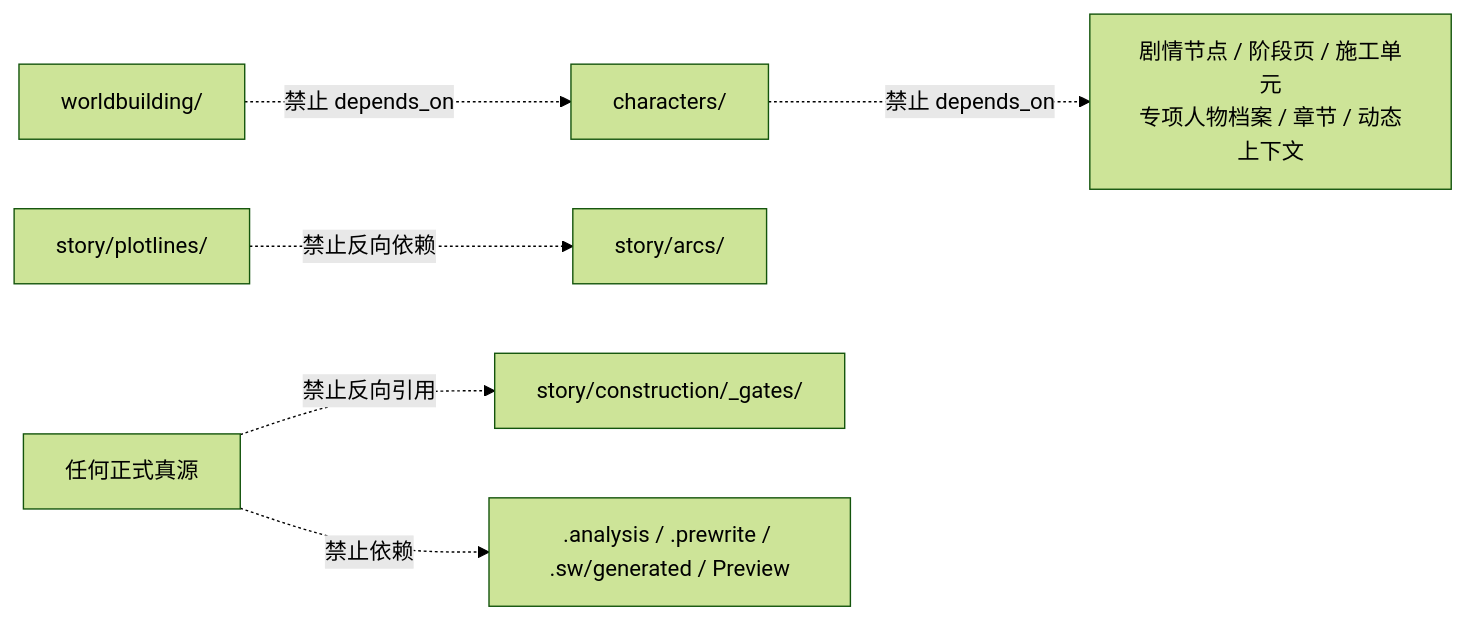
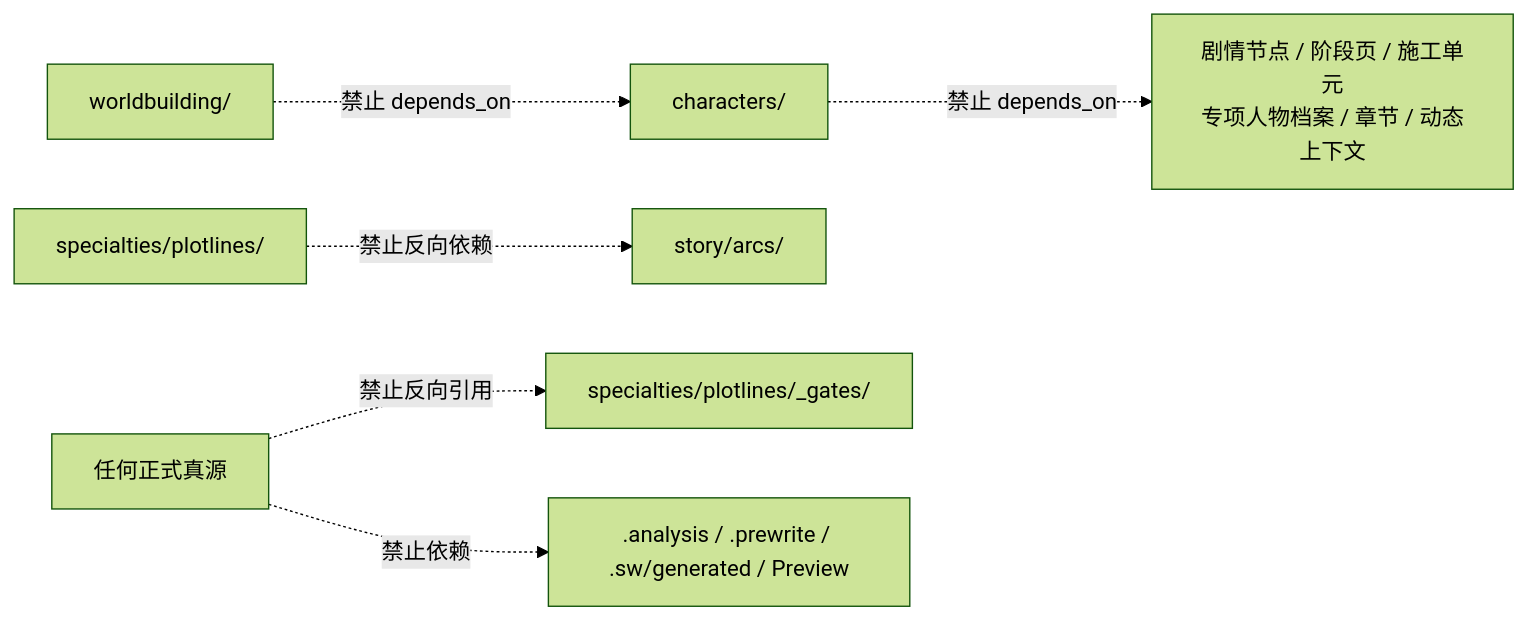
The third of 3 diagrams in zen/references.md (zevwings/story-stars), drawn with Mermaid (forest theme) before and after one commit. The commit also changed other lines of this file and 1031 other files, not shown here.

````diff
--- a/zen/references.md
+++ b/zen/references.md
@@ -89,8 +89,8 @@
 ```mermaid
 flowchart LR
     World["worldbuilding/"] -. "禁止 depends_on" .-> Character["characters/"]
     Character -. "禁止 depends_on" .-> Narrative["剧情节点 / 阶段页 / 施工单元<br/>专项人物档案 / 章节 / 动态上下文"]
-    Plotline["story/plotlines/"] -. "禁止反向依赖" .-> Arc["story/arcs/"]
-    Formal["任何正式真源"] -. "禁止反向引用" .-> Gate["story/construction/_gates/"]
+    Plotline["specialties/plotlines/"] -. "禁止反向依赖" .-> Arc["story/arcs/"]
+    Formal["任何正式真源"] -. "禁止反向引用" .-> Gate["specialties/plotlines/_gates/"]
     Formal -. "禁止依赖" .-> Derived[".analysis / .prewrite / .sw/generated / Preview"]
 ```
````
